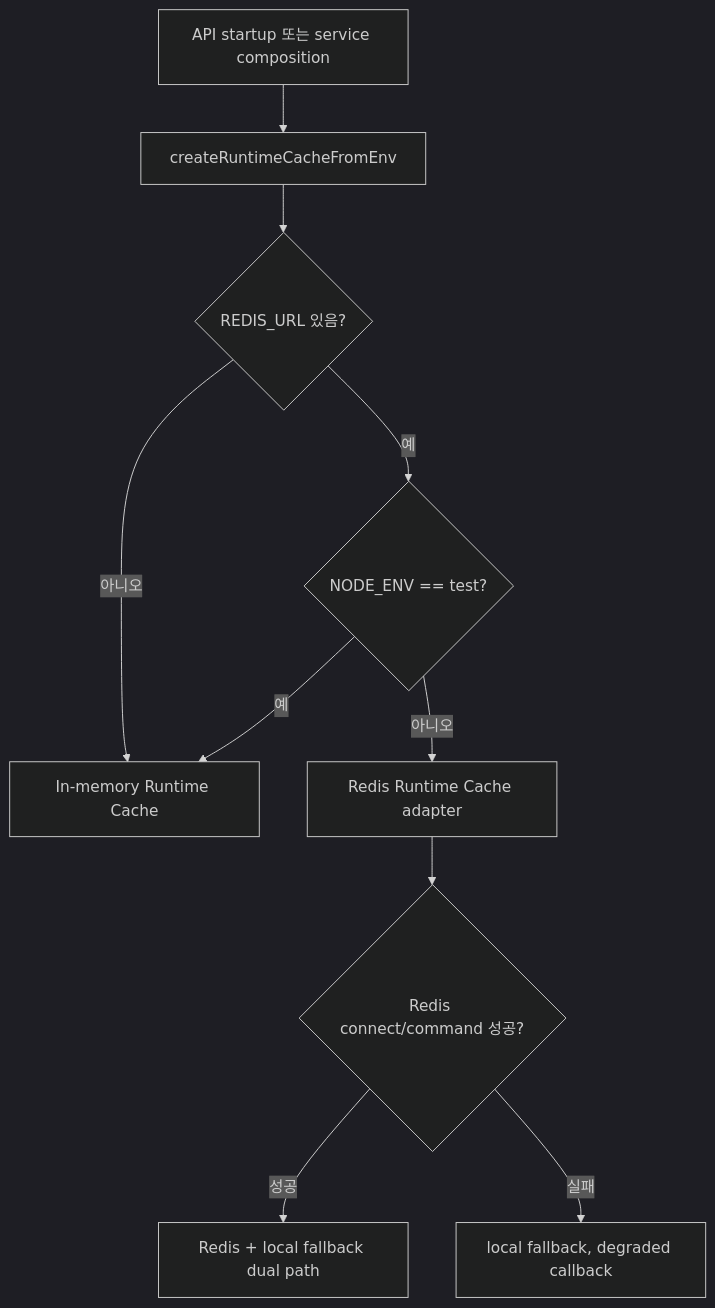
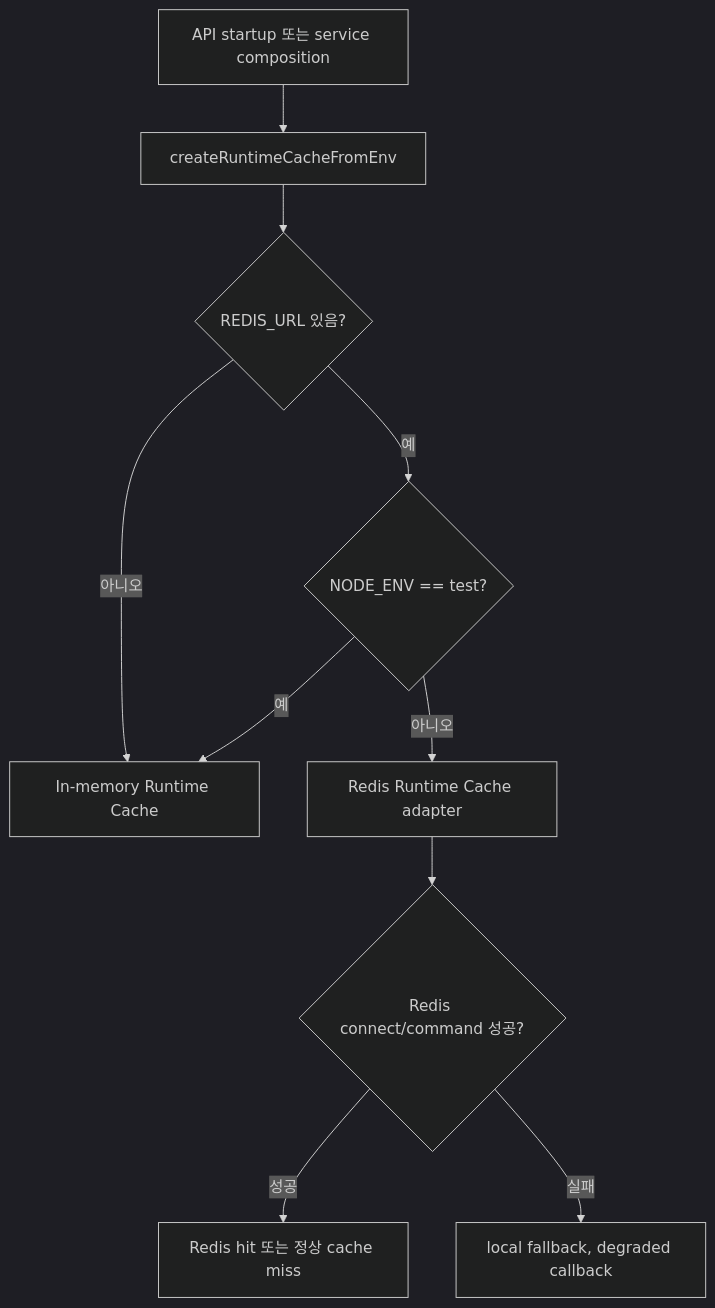
One commit to NearthYou/SketchCatch changed the diagram in docs/sw/007_레디스런타임캐시어댑터가이드_sw.md. Above: the diagram before and after it, drawn with Mermaid (dark theme). The commit also changed other lines of this file and 2 other files, not shown here.

Commit message:
Fix: Redis Runtime Cache 일관성 보강

````diff
--- a/docs/sw/007_레디스런타임캐시어댑터가이드_sw.md
+++ b/docs/sw/007_레디스런타임캐시어댑터가이드_sw.md
@@ -9,12 +9,12 @@
 ```mermaid
 flowchart TD
   A["API startup 또는 service composition"] --> B["createRuntimeCacheFromEnv"]
   B --> C{"REDIS_URL 있음?"}
   C -->|아니오| D["In-memory Runtime Cache"]
   C -->|예| E{"NODE_ENV == test?"}
   E -->|예| D
   E -->|아니오| F["Redis Runtime Cache adapter"]
   F --> G{"Redis connect/command 성공?"}
-  G -->|성공| H["Redis + local fallback dual path"]
+  G -->|성공| H["Redis hit 또는 정상 cache miss"]
   G -->|실패| I["local fallback, degraded callback"]
 ```
````
